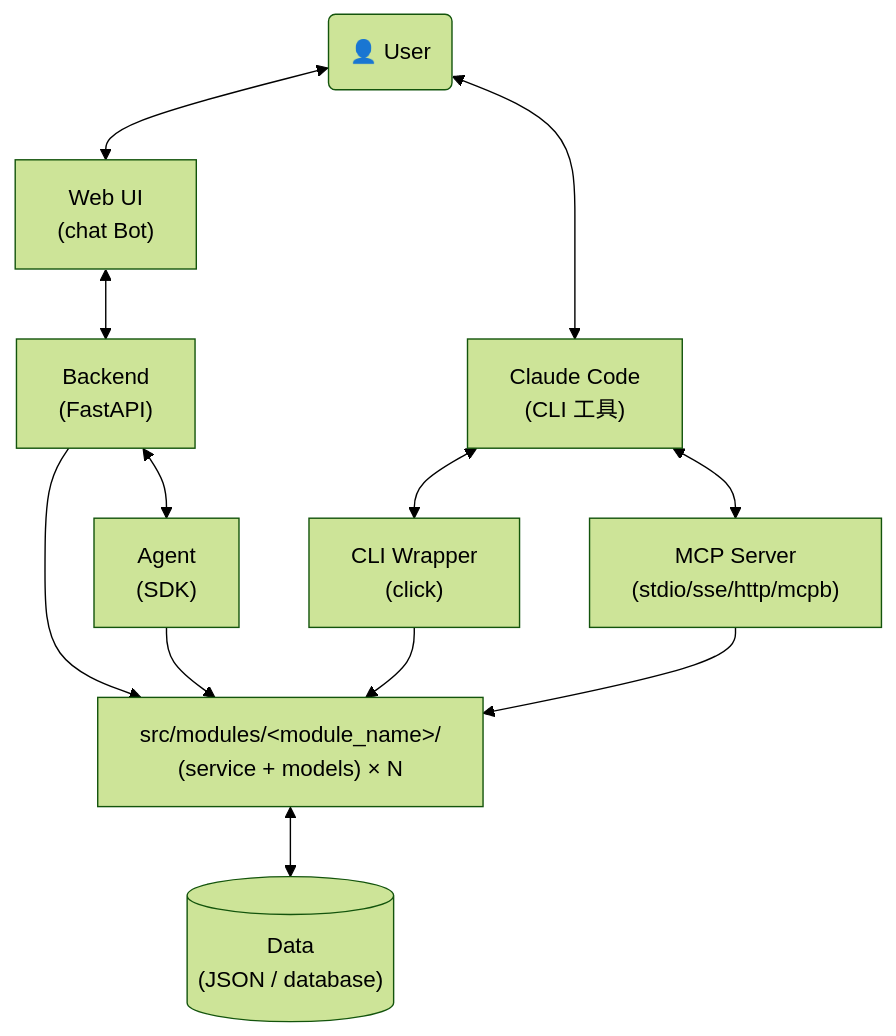
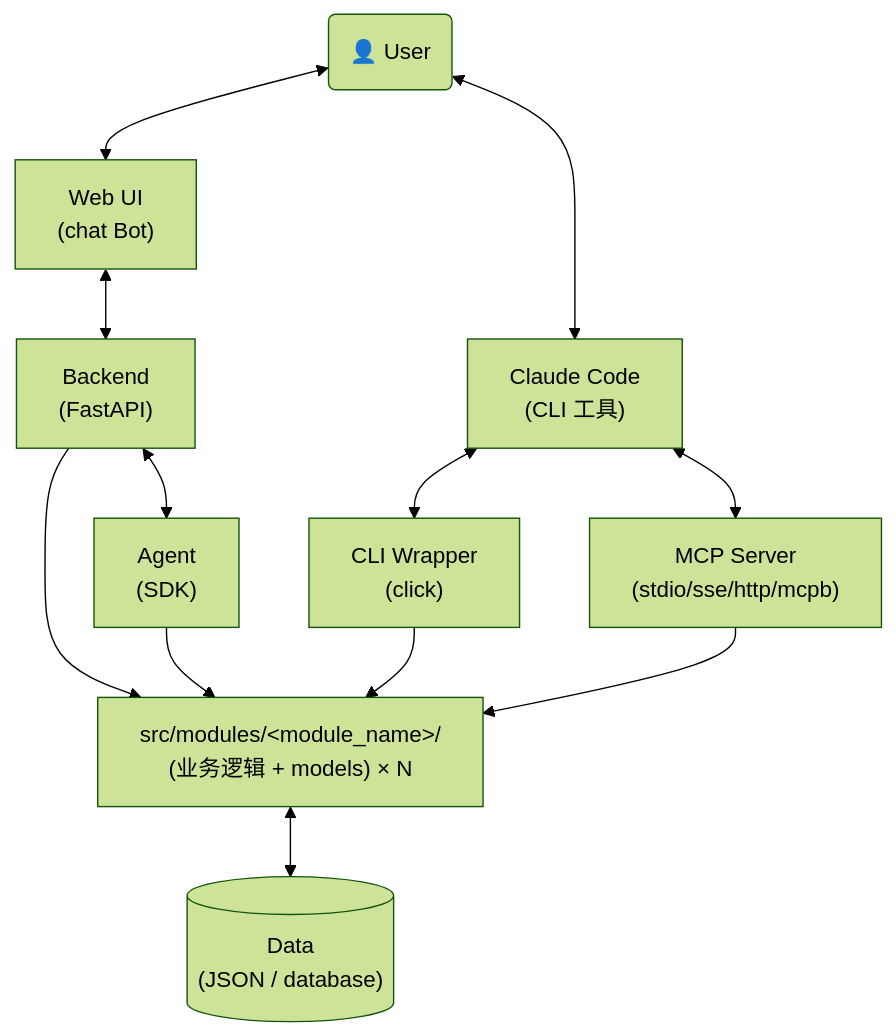
One commit to JoeyAssistant/skill-repo changed the diagram in system-prompt/agent-factory/design-reference.md. Above: the diagram before and after it, drawn with Mermaid (forest theme). The commit also changed other lines of this file and 2 other files, not shown here.

First line of the commit message:
refactor(design-reference): 模块对外接口的落点明确为 __init__.py，不再写死 service.py

````diff
--- a/system-prompt/agent-factory/design-reference.md
+++ b/system-prompt/agent-factory/design-reference.md
@@ -72,24 +72,24 @@
 ```mermaid
 graph TD
     User("👤 User")
     WebUI["Web UI<br/>(chat Bot)"]
     Claude["Claude Code<br/>(CLI 工具)"]
     Backend["Backend<br/>(FastAPI)"]
     Agent["Agent<br/>(SDK)"]
     McpServer["MCP Server<br/>(stdio/sse/http/mcpb)"]
     CLI["CLI Wrapper<br/>(click)"]
-    SrcModules["src/modules/&lt;module_name&gt;/<br/>(service + models) × N"]
+    SrcModules["src/modules/&lt;module_name&gt;/<br/>(业务逻辑 + models) × N"]
     Data[("Data<br/>(JSON / database)")]
 
     User <--> WebUI
     User <--> Claude
     WebUI <--> Backend
     Backend <--> Agent
     Backend --> SrcModules
     Agent --> SrcModules
     Claude <--> CLI
     CLI --> SrcModules
     Claude <--> McpServer
     McpServer --> SrcModules
     SrcModules <--> Data
 ```
````
